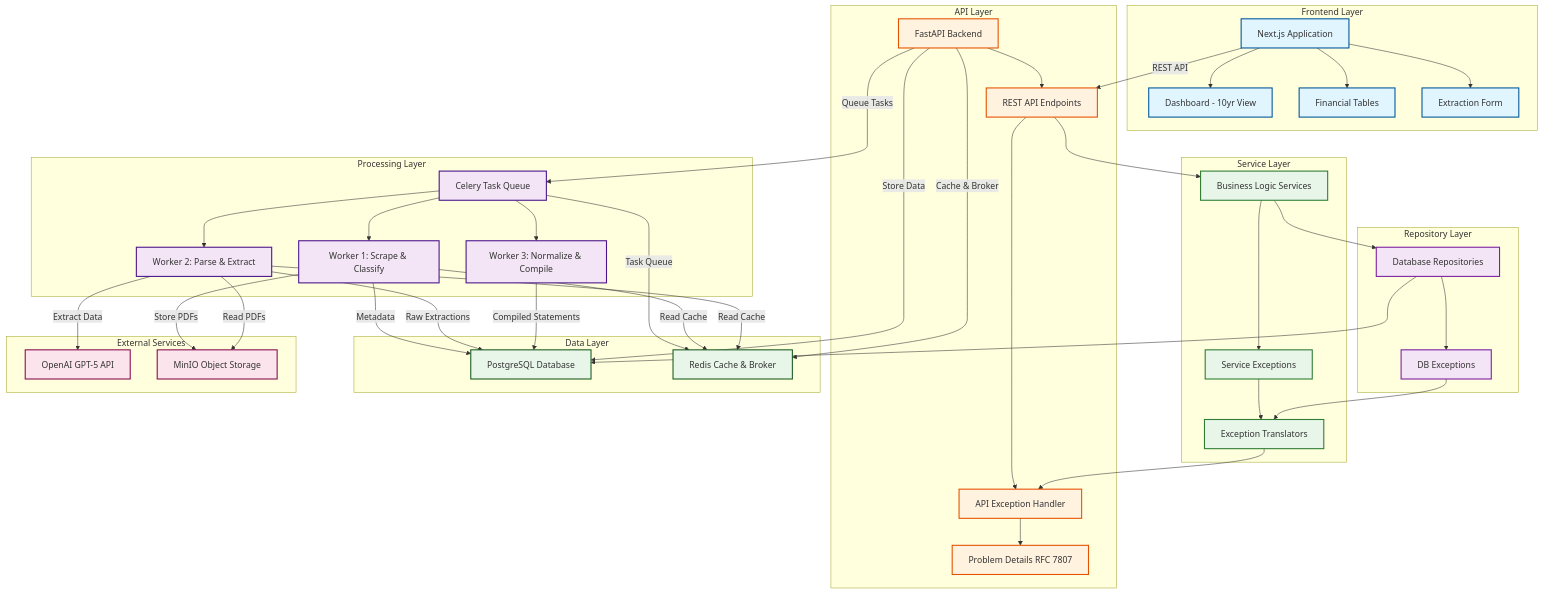
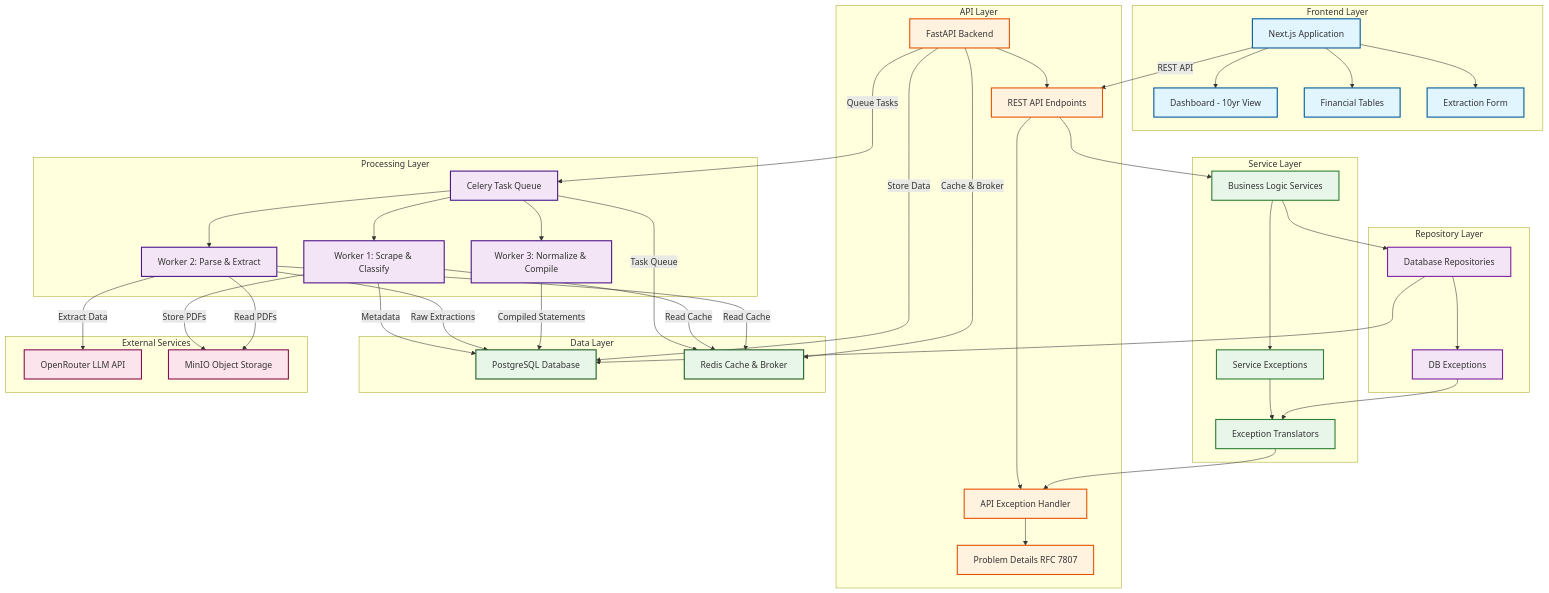
The diagram in docs/index.md (PatrykQuantumNomad/financial-data-extractor), drawn with Mermaid before and after one commit. The commit also changed other lines of this file and 105 other files, not shown here.

```diff
--- a/docs/index.md
+++ b/docs/index.md
@@ -83,7 +83,7 @@
     end
 
     subgraph "External Services"
-        F[OpenAI GPT-5 API]
+        F[OpenRouter LLM API]
         G[MinIO Object Storage]
     end
 
```
